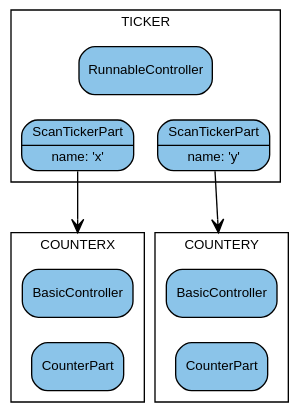
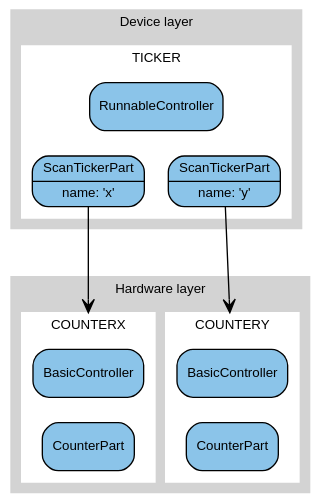
Before and after one commit to DiamondLightSource/pymalcolm: the first of 2 diagrams in docs/tutorials/generator.rst, drawn with Graphviz. The commit also changed other lines of this file and 83 other files, not shown here.

```diff
--- a/docs/tutorials/generator.rst
+++ b/docs/tutorials/generator.rst
@@ -51,34 +53,49 @@
 .. digraph:: ticker_child_connections
 
     bgcolor=transparent
     compound=true
     node [fontname=Arial fontsize=10 shape=Mrecord style=filled fillcolor="#8BC4E9"]
     graph [fontname=Arial fontsize=10]
     edge [fontname=Arial fontsize=10 arrowhead=vee]
 
-    subgraph cluster_ticker {
-        label="TICKER"
-        ranksep=0.1
-        ticker_c [label="RunnableController"]
-        x [label="{ScanTickerPart|name: 'x'}"]
-        y [label="{ScanTickerPart|name: 'y'}"]
-        ticker_c -> x [style=invis]
-        ticker_c -> y [style=invis]
+    subgraph cluster_device {
+        label="Device layer"
+		style=filled
+		color=lightgrey
+
+        subgraph cluster_ticker {
+            label="TICKER"
+            ranksep=0.1
+		    color=white
+            ticker_c [label="RunnableController"]
+            x [label="{ScanTickerPart|name: 'x'}"]
+            y [label="{ScanTickerPart|name: 'y'}"]
+            ticker_c -> x [style=invis]
+            ticker_c -> y [style=invis]
+        }
     }
 
-    subgraph cluster_counterx {
-        label="COUNTERX"
-        counterx_c [label="BasicController"]
-        counterx_p [label="CounterPart"]
-        counterx_c -> counterx_p [style=invis]
-    }
+    subgraph cluster_hardware {
+        label="Hardware layer"
+		style=filled
+		color=lightgrey
 
-    subgraph cluster_countery {
-        label="COUNTERY"
-        countery_c [label="BasicController"]
-        countery_p [label="CounterPart"]
-        countery_c -> countery_p [style=invis]
+        subgraph cluster_counterx {
+            label="COUNTERX"
+            color=white
+            counterx_c [label="BasicController"]
+            counterx_p [label="CounterPart"]
+            counterx_c -> counterx_p [style=invis]
+        }
+
+        subgraph cluster_countery {
+            label="COUNTERY"
+            color=white
+            countery_c [label="BasicController"]
+            countery_p [label="CounterPart"]
+            countery_c -> countery_p [style=invis]
+        }
     }
 
     x -> counterx_c [lhead=cluster_counterx minlen=3]
     y -> countery_c [lhead=cluster_countery minlen=3]
```
